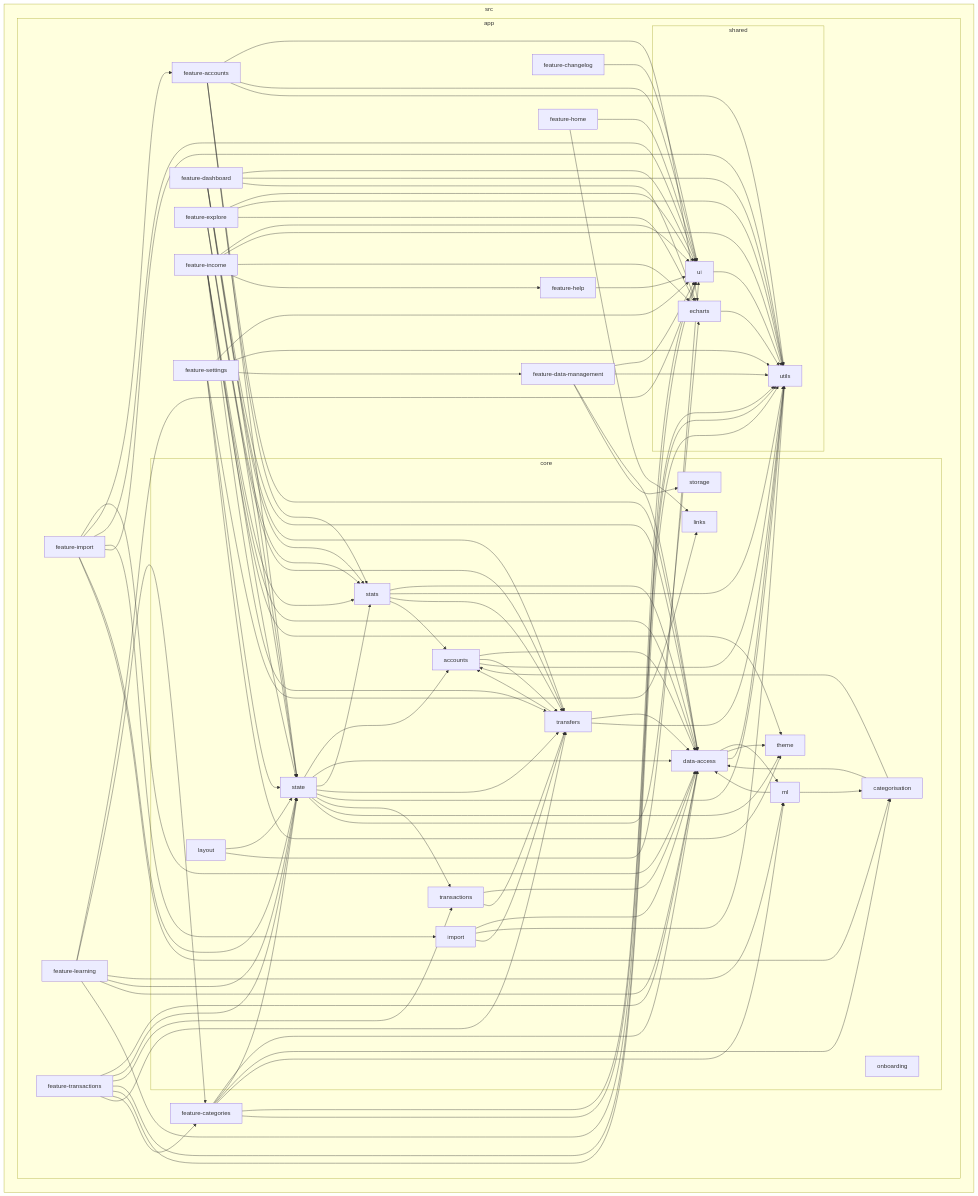
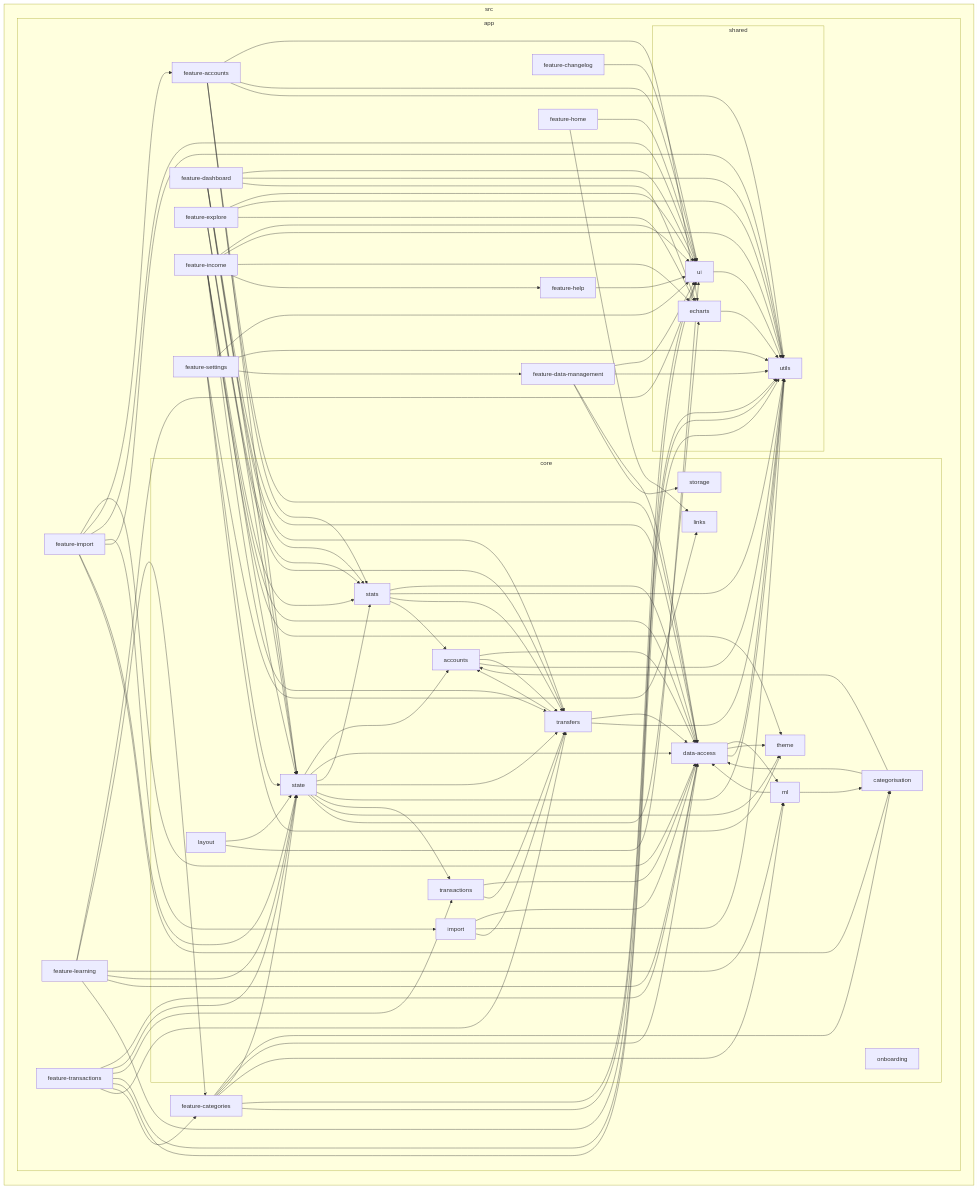
Before and after one commit to kevhauma/money-mosaic-v2: the diagram in reports/dependency-graph.mmd, drawn with Mermaid. The commit also changed other lines of this file and 23 other files, not shown here.

```diff
--- a/reports/dependency-graph.mmd
+++ b/reports/dependency-graph.mmd
@@ -1,142 +1,142 @@
 flowchart LR
 
 subgraph 0["src"]
 subgraph 1["app"]
 subgraph 2["core"]
 3["accounts"]
 4["categorisation"]
 5["data-access"]
 6["import"]
 7["layout"]
 8["links"]
 9["ml"]
 A["onboarding"]
 B["state"]
 C["stats"]
 D["storage"]
 E["theme"]
 F["transactions"]
 G["transfers"]
 end
 H["feature-accounts"]
 I["feature-categories"]
 J["feature-changelog"]
 K["feature-dashboard"]
 L["feature-data-management"]
 M["feature-explore"]
 N["feature-help"]
 O["feature-home"]
 P["feature-import"]
 Q["feature-income"]
 R["feature-learning"]
 S["feature-settings"]
 T["feature-transactions"]
 subgraph U["shared"]
 V["echarts"]
 W["ui"]
 X["utils"]
 end
 end
 end
 3-->5
 3-->G
 3-->X
 4-->5
 4-->3
 5-->9
 5-->E
 5-->X
 6-->5
 6-->X
 6-->G
 7-->B
 7-->W
 9-->4
 9-->5
 B-->3
 B-->5
 B-->C
 B-->G
 B-->X
 B-->F
 B-->E
 B-->V
 C-->5
 C-->X
 C-->G
 C-->3
 F-->5
 F-->G
 G-->5
 G-->3
 G-->X
 H-->5
 H-->V
 H-->B
 H-->W
 H-->X
 H-->C
+I-->4
 I-->5
 I-->B
 I-->W
 I-->X
-I-->4
 I-->9
 J-->W
 K-->5
 K-->B
 K-->W
 K-->X
 K-->G
 K-->C
 K-->V
 L-->5
 L-->D
 L-->W
 L-->X
 M-->W
 M-->B
 M-->C
 M-->X
 M-->G
 M-->V
 N-->W
 O-->8
 O-->W
 P-->5
 P-->H
 P-->W
 P-->6
 P-->X
 P-->B
 P-->4
 Q-->C
 Q-->W
 Q-->X
 Q-->5
 Q-->B
 Q-->E
 Q-->G
 Q-->V
 Q-->N
 R-->W
 R-->I
 R-->9
 R-->B
 R-->5
 R-->X
 S-->W
 S-->8
 S-->B
 S-->X
 S-->L
 S-->E
 T-->5
 T-->B
 T-->F
 T-->W
 T-->X
 T-->I
 T-->G
 V-->X
 W-->X
```
